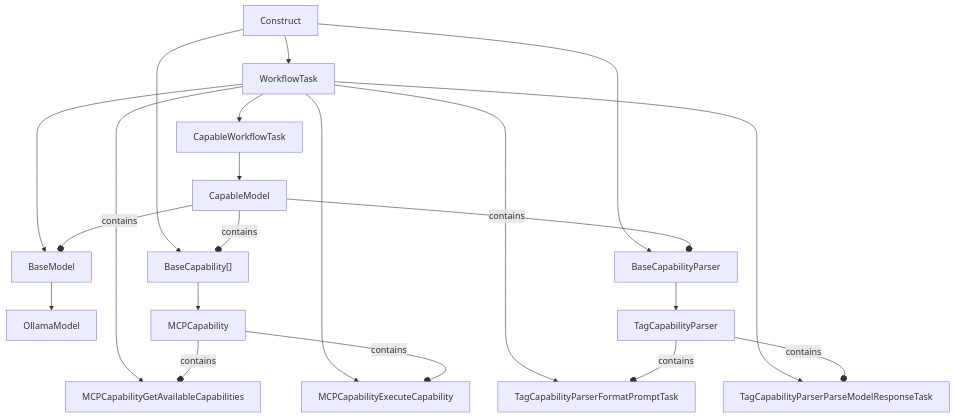
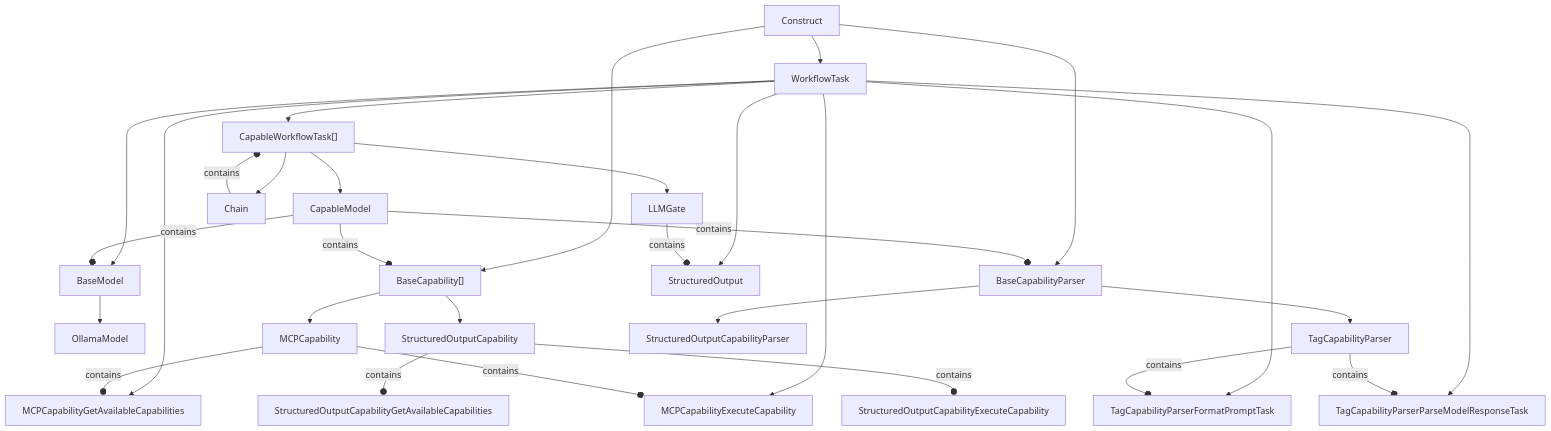
The first of 3 diagrams in memory-bank/systemPatterns.md (liamzdenek/ferment-ai), drawn with Mermaid before and after one commit. The commit also changed other lines of this file and 3 other files, not shown here.

````diff
--- a/memory-bank/systemPatterns.md
+++ b/memory-bank/systemPatterns.md
@@ -9,38 +9,50 @@
 ```mermaid
 graph TD
     %% Base Classes
     Construct[Construct] --> WorkflowTask[WorkflowTask]
     Construct --> BaseCapability[BaseCapability]
     Construct --> BaseCapabilityParser[BaseCapabilityParser]
     
     %% WorkflowTask Inheritance
     WorkflowTask --> CapableWorkflowTask[CapableWorkflowTask]
     WorkflowTask --> BaseModel[BaseModel]
     WorkflowTask --> MCPCapabilityGetAvailableCapabilities[MCPCapabilityGetAvailableCapabilities]
     WorkflowTask --> MCPCapabilityExecuteCapability[MCPCapabilityExecuteCapability]
     WorkflowTask --> TagCapabilityParserFormatPromptTask[TagCapabilityParserFormatPromptTask]
     WorkflowTask --> TagCapabilityParserParseModelResponseTask[TagCapabilityParserParseModelResponseTask]
+    WorkflowTask --> StructuredOutput[StructuredOutput]
     
     %% CapableWorkflowTask Inheritance
     CapableWorkflowTask --> CapableModel[CapableModel]
+    CapableWorkflowTask --> LLMGate[LLMGate]
+    CapableWorkflowTask --> Chain[Chain]
     
     %% BaseModel Inheritance
     BaseModel --> OllamaModel[OllamaModel]
     
     %% BaseCapability Inheritance
     BaseCapability --> MCPCapability[MCPCapability]
+    BaseCapability --> StructuredOutputCapability[StructuredOutputCapability]
     
     %% BaseCapabilityParser Inheritance
     BaseCapabilityParser --> TagCapabilityParser[TagCapabilityParser]
+    BaseCapabilityParser --> StructuredOutputCapabilityParser[StructuredOutputCapabilityParser]
     
     %% Composition Relationships
     MCPCapability --o|contains| MCPCapabilityGetAvailableCapabilities
     MCPCapability --o|contains| MCPCapabilityExecuteCapability
     
     TagCapabilityParser --o|contains| TagCapabilityParserFormatPromptTask
     TagCapabilityParser --o|contains| TagCapabilityParserParseModelResponseTask
     
     CapableModel --o|contains| BaseModel
     CapableModel --o|contains| BaseCapability["BaseCapability[]"]
     CapableModel --o|contains| BaseCapabilityParser
+    
+    StructuredOutputCapability --o|contains| StructuredOutputCapabilityGetAvailableCapabilities
+    StructuredOutputCapability --o|contains| StructuredOutputCapabilityExecuteCapability
+    
+    LLMGate --o|contains| StructuredOutput
+    
+    Chain --o|contains| CapableWorkflowTask["CapableWorkflowTask[]"]
 ```
````
